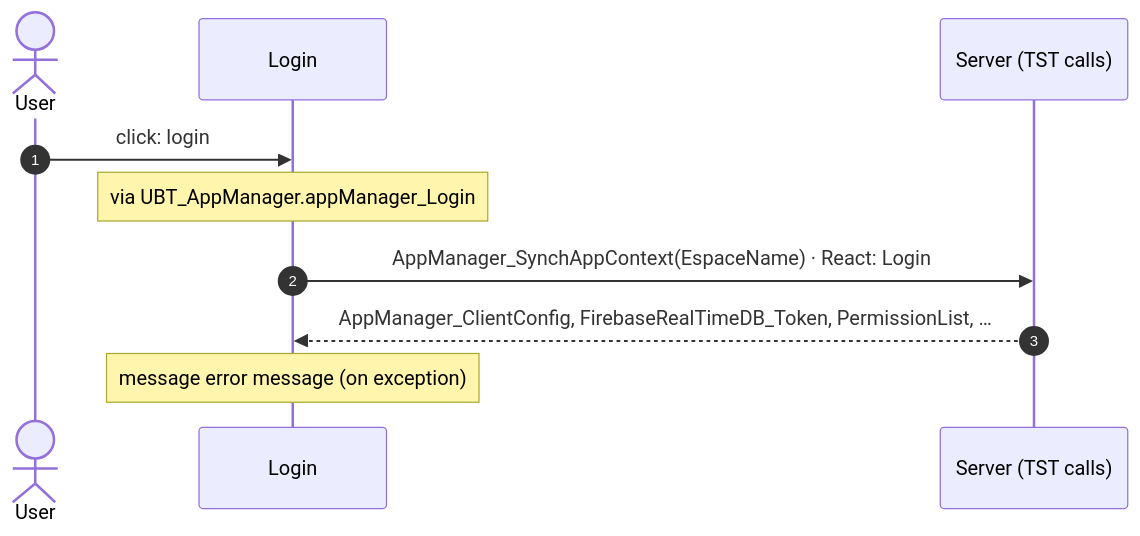
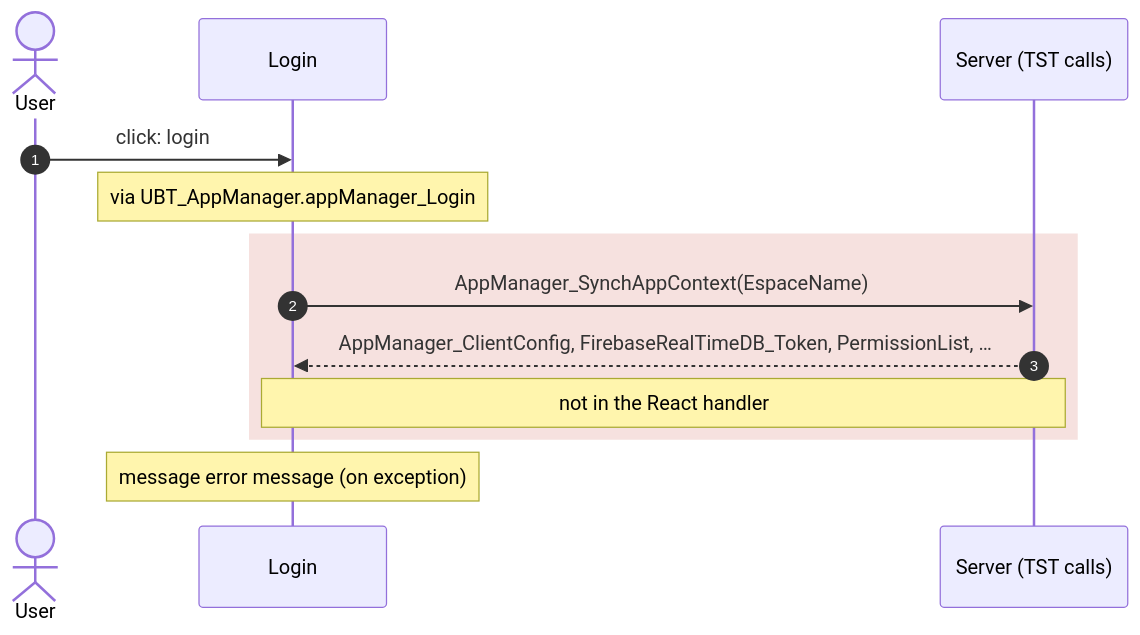
The second of 3 diagrams in migration/route-actions/Login.md (Phoenix-DX/connect-new-ui), drawn with Mermaid before and after one commit. The commit also changed other lines of this file and 90 other files, not shown here.

Commit message:
route actions: React sequence diagram per user action next to OutSystems, differences in red; React handlers read branch by branch and matched by comment, name and block; white SVG background; all SVGs of a file in one browser (HomeFeed 67 s to 14 s)

````diff
--- a/migration/route-actions/Login.md
+++ b/migration/route-actions/Login.md
@@ -133,12 +141,15 @@
 ```mermaid
 sequenceDiagram
   autonumber
   actor U as User
   participant B as Login
   participant S as Server (TST calls)
   U->>B: click: login
   Note over B: via UBT_AppManager.appManager_Login
-  B->>S: AppManager_SynchAppContext(EspaceName) · React: Login
+  rect rgba(192, 57, 43, 0.15)
+  B->>S: AppManager_SynchAppContext(EspaceName)
   S-->>B: AppManager_ClientConfig, FirebaseRealTimeDB_Token, PermissionList, …
+  Note over B,S: not in the React handler
+  end
   Note over B: message error message (on exception)
 ```
````
